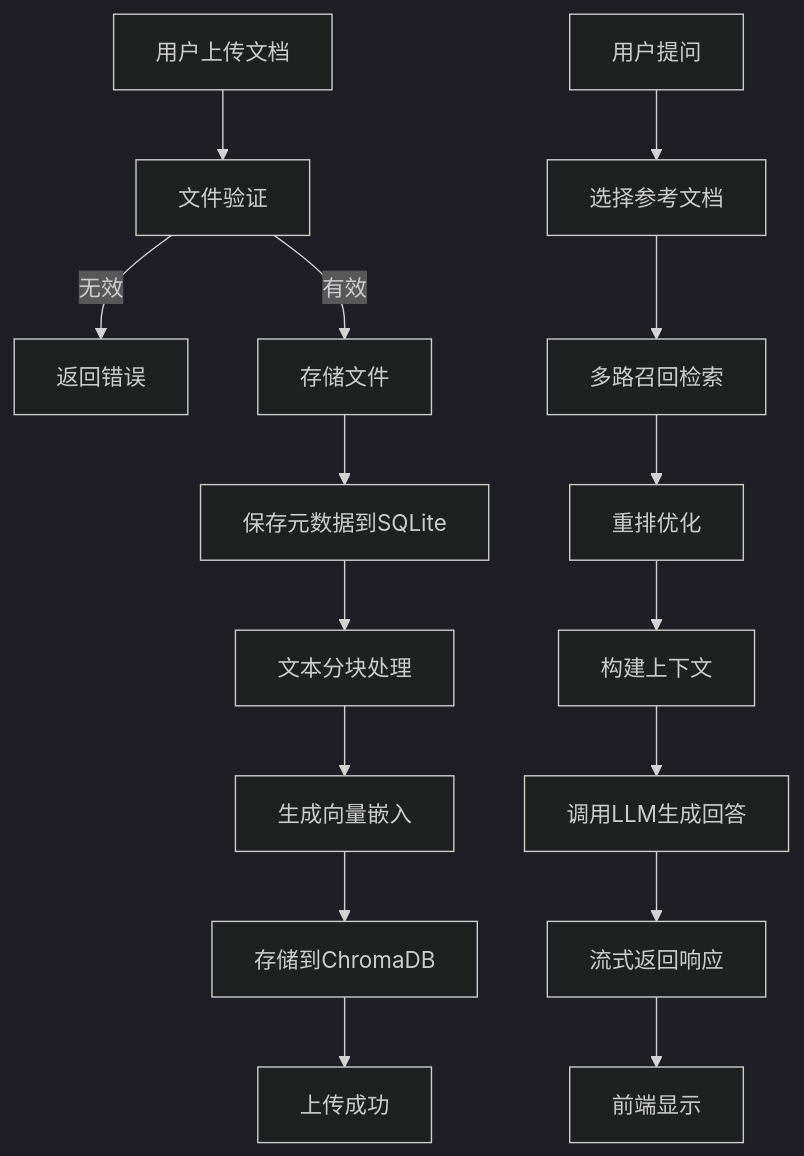
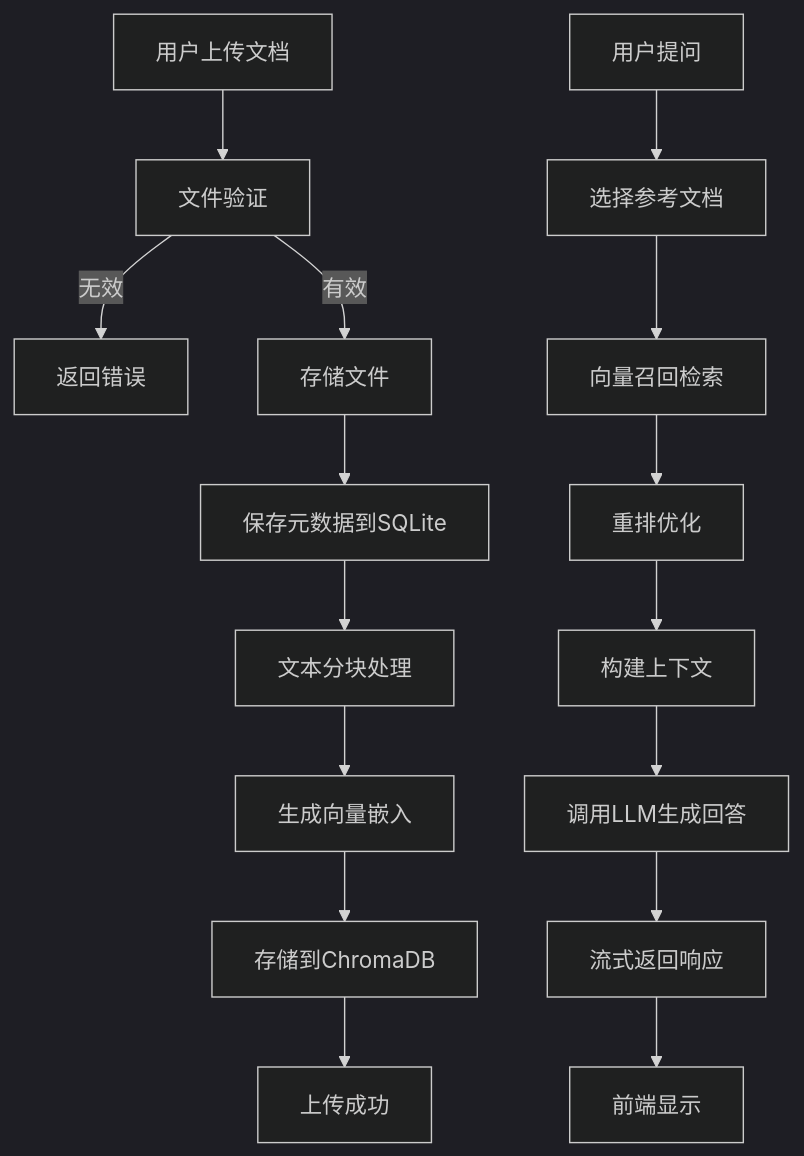
The second of 2 diagrams in README.md (Anthonybuer182/ai-chat-rag), drawn with Mermaid (dark theme) before and after one commit. The commit also changed other lines of this file, not shown here.

````diff
--- a/README.md
+++ b/README.md
@@ -242,19 +196,19 @@
 ```mermaid
 flowchart TD
     Start[用户上传文档] --> Validate[文件验证]
     Validate -->|无效| Error[返回错误]
     Validate -->|有效| Store[存储文件]
     Store --> Meta[保存元数据到SQLite]
     Meta --> Split[文本分块处理]
     Split --> Embed[生成向量嵌入]
     Embed --> VectorDB[存储到ChromaDB]
     VectorDB --> Success[上传成功]
 
     Question[用户提问] --> Select[选择参考文档]
-    Select --> Retrieve[多路召回检索]
+    Select --> Retrieve[向量召回检索]
     Retrieve --> Rerank[重排优化]
     Rerank --> Context[构建上下文]
     Context --> LLM[调用LLM生成回答]
     LLM --> Stream[流式返回响应]
     Stream --> Display[前端显示]
 ```
````
